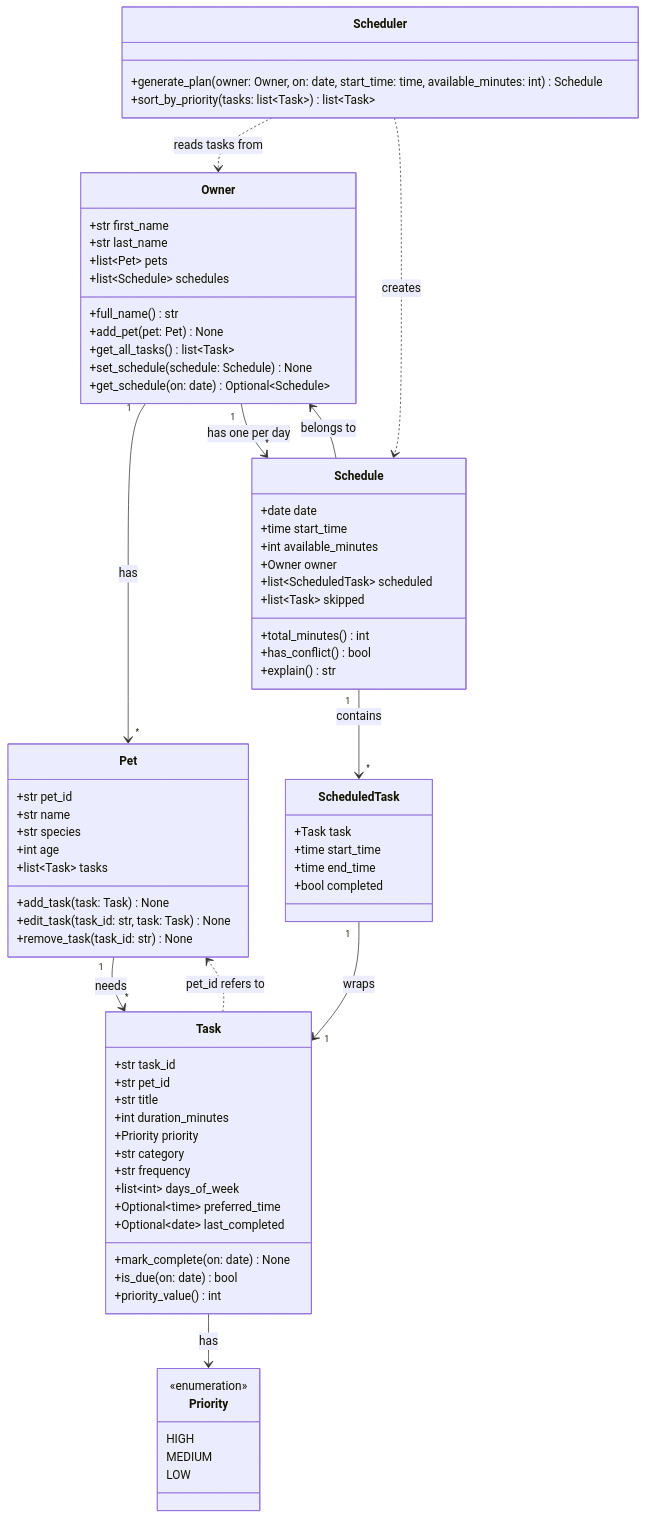
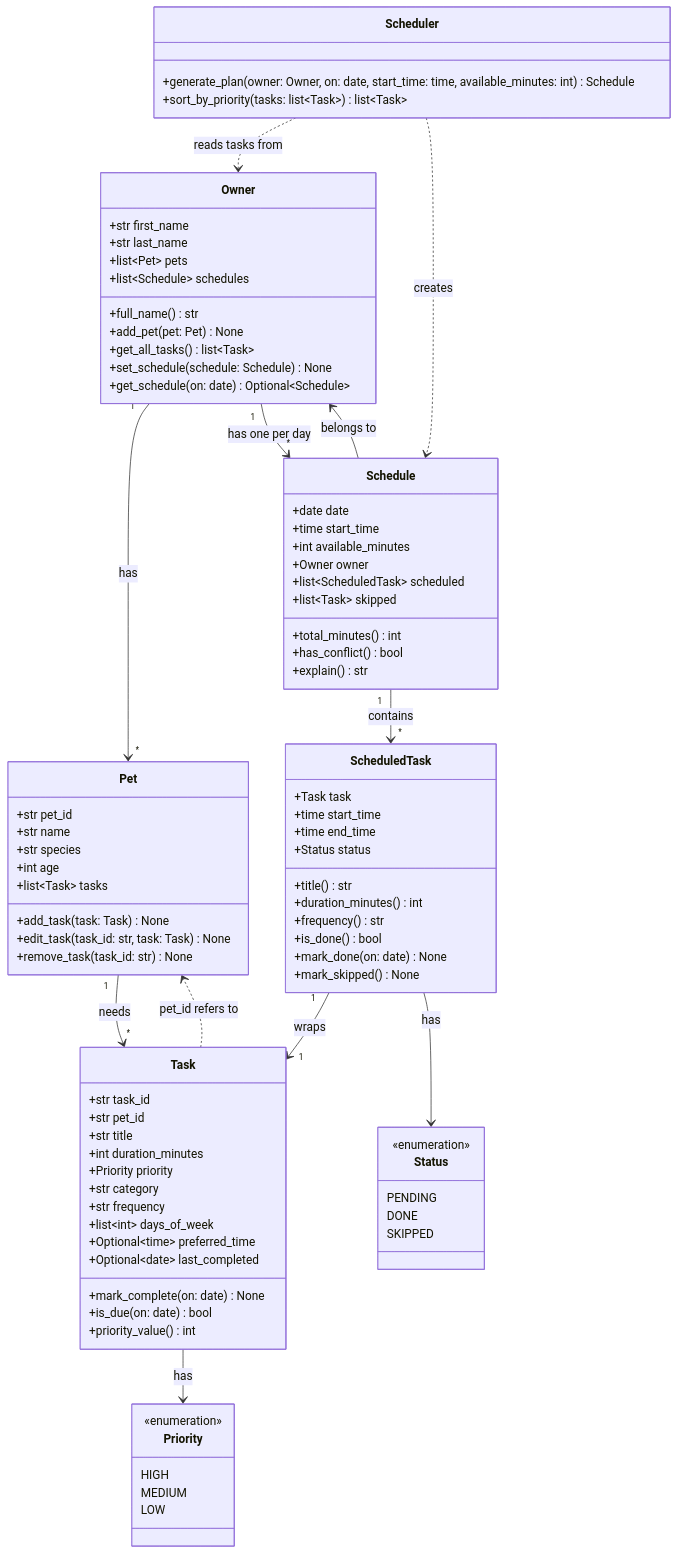
One commit to mjh-projects/ai110-module2show-pawpal-starter changed the diagram in diagrams/uml_v2.mmd. Above: the diagram before and after it, drawn with Mermaid. The commit also changed 1 other file, not shown here.

Commit message:
feat: Task class implemented
Also includes the ScheduledTask update (Status enum, mark_done/mark_skipped)
and the matching uml_v2.mmd changes.

```diff
--- a/diagrams/uml_v2.mmd
+++ b/diagrams/uml_v2.mmd
@@ -1,81 +1,95 @@
 classDiagram
     class Priority {
         <<enumeration>>
         HIGH
         MEDIUM
         LOW
+    }
+
+    class Status {
+        <<enumeration>>
+        PENDING
+        DONE
+        SKIPPED
     }
 
     class Owner {
         +str first_name
         +str last_name
         +list~Pet~ pets
         +list~Schedule~ schedules
         +full_name() str
         +add_pet(pet: Pet) None
         +get_all_tasks() list~Task~
         +set_schedule(schedule: Schedule) None
         +get_schedule(on: date) Optional~Schedule~
     }
 
     class Pet {
         +str pet_id
         +str name
         +str species
         +int age
         +list~Task~ tasks
         +add_task(task: Task) None
         +edit_task(task_id: str, task: Task) None
         +remove_task(task_id: str) None
     }
 
     class Task {
         +str task_id
         +str pet_id
         +str title
         +int duration_minutes
         +Priority priority
         +str category
         +str frequency
         +list~int~ days_of_week
         +Optional~time~ preferred_time
         +Optional~date~ last_completed
         +mark_complete(on: date) None
         +is_due(on: date) bool
         +priority_value() int
     }
 
     class ScheduledTask {
         +Task task
         +time start_time
         +time end_time
-        +bool completed
+        +Status status
+        +title() str
+        +duration_minutes() int
+        +frequency() str
+        +is_done() bool
+        +mark_done(on: date) None
+        +mark_skipped() None
     }
 
     class Schedule {
         +date date
         +time start_time
         +int available_minutes
         +Owner owner
         +list~ScheduledTask~ scheduled
         +list~Task~ skipped
         +total_minutes() int
         +has_conflict() bool
         +explain() str
     }
 
     class Scheduler {
         +generate_plan(owner: Owner, on: date, start_time: time, available_minutes: int) Schedule
         +sort_by_priority(tasks: list~Task~) list~Task~
     }
 
     Owner "1" --> "*" Pet : has
     Owner "1" --> "*" Schedule : has one per day
     Pet "1" --> "*" Task : needs
     Task --> Priority : has
     Task ..> Pet : pet_id refers to
     Schedule "1" --> "*" ScheduledTask : contains
     Schedule --> Owner : belongs to
     ScheduledTask "1" --> "1" Task : wraps
+    ScheduledTask --> Status : has
     Scheduler ..> Owner : reads tasks from
     Scheduler ..> Schedule : creates
```
